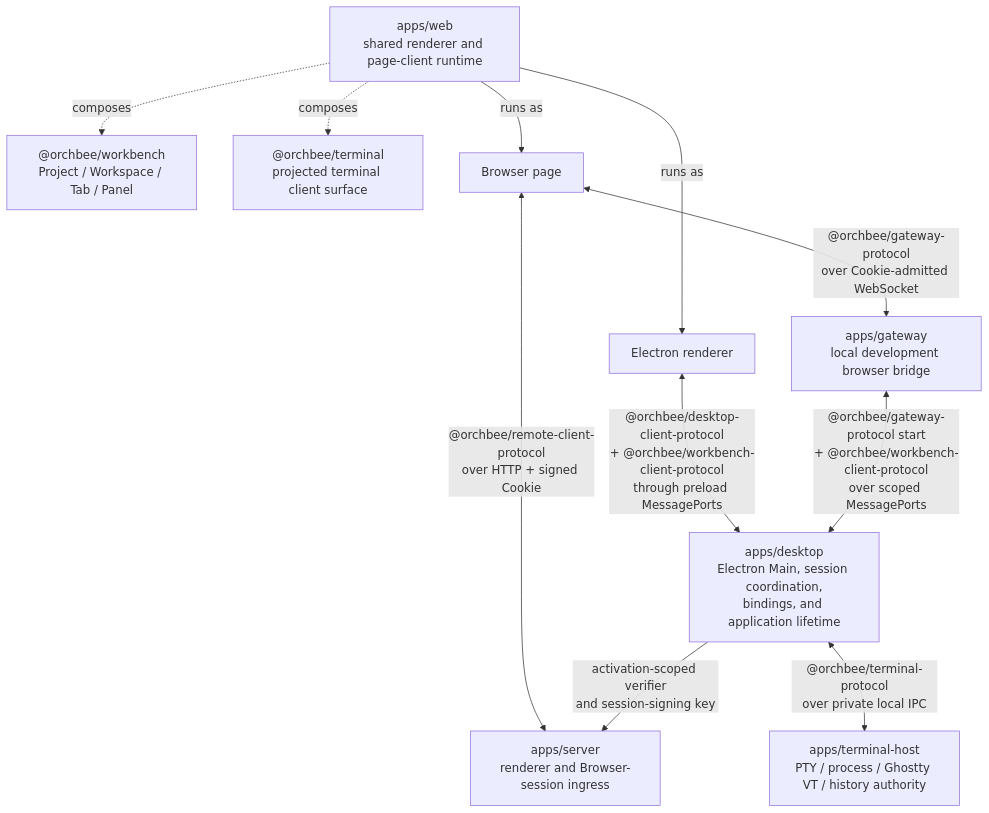
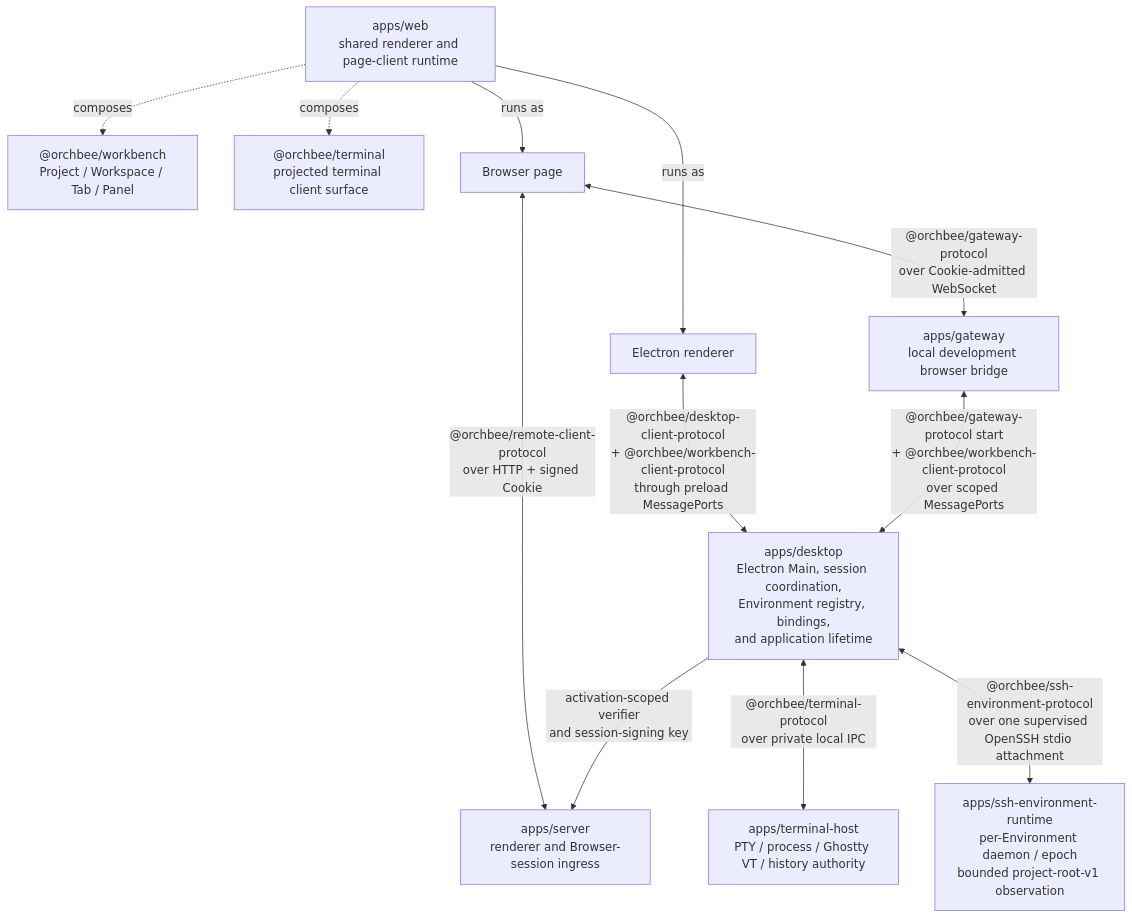
One commit to i-need-token/orchbee changed the diagram in docs/ARCHITECTURE.md. Above: the diagram before and after it, drawn with Mermaid. The commit also changed 235 other files, not shown here.

````diff
--- a/docs/ARCHITECTURE.md
+++ b/docs/ARCHITECTURE.md
@@ -15,18 +15,19 @@
 ```mermaid
 flowchart TB
 	Web["apps/web<br/>shared renderer and page-client runtime"]
 	Workbench["@orchbee/workbench<br/>Project / Workspace / Tab / Panel"]
 	Terminal["@orchbee/terminal<br/>projected terminal client surface"]
 
 	Web -. "composes" .-> Workbench
 	Web -. "composes" .-> Terminal
 	Web -->|"runs as"| Electron["Electron renderer"]
 	Web -->|"runs as"| Browser["Browser page"]
 
-	Electron <-->|"@orchbee/desktop-client-protocol<br/>+ @orchbee/workbench-client-protocol<br/>through preload MessagePorts"| Desktop["apps/desktop<br/>Electron Main, session coordination,<br/>bindings, and application lifetime"]
+	Electron <-->|"@orchbee/desktop-client-protocol<br/>+ @orchbee/workbench-client-protocol<br/>through preload MessagePorts"| Desktop["apps/desktop<br/>Electron Main, session coordination,<br/>Environment registry, bindings,<br/>and application lifetime"]
 	Browser <-->|"@orchbee/remote-client-protocol<br/>over HTTP + signed Cookie"| Server["apps/server<br/>renderer and Browser-session ingress"]
 	Browser <-->|"@orchbee/gateway-protocol<br/>over Cookie-admitted WebSocket"| Gateway["apps/gateway<br/>local development browser bridge"]
 	Desktop -->|"activation-scoped verifier<br/>and session-signing key"| Server
 	Gateway <-->|"@orchbee/gateway-protocol start<br/>+ @orchbee/workbench-client-protocol<br/>over scoped MessagePorts"| Desktop
 	Desktop <-->|"@orchbee/terminal-protocol<br/>over private local IPC"| Host["apps/terminal-host<br/>PTY / process / Ghostty VT / history authority"]
+	Desktop <-->|"@orchbee/ssh-environment-protocol<br/>over one supervised OpenSSH stdio attachment"| SshRuntime["apps/ssh-environment-runtime<br/>per-Environment daemon / epoch<br/>bounded project-root-v1 observation"]
 ```
````
